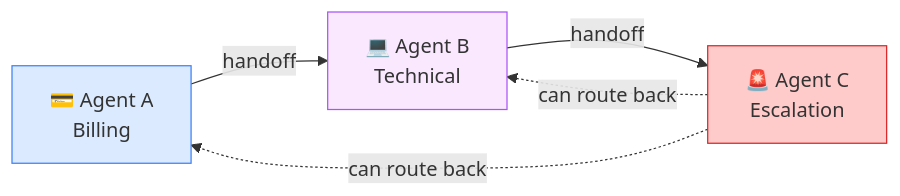
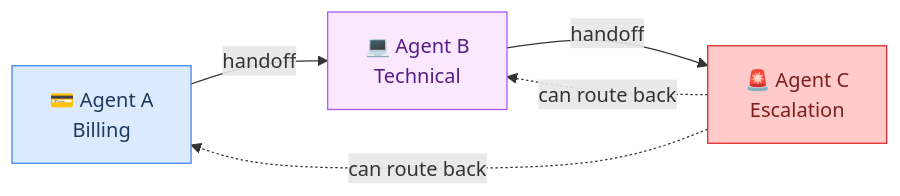
One commit to asq-sheriff/AI-Production-Checklist changed diagram 14 of 18 in docs/TECHNOLOGY-SELECTION-GUIDE.md. Above: the diagram before and after it, drawn with Mermaid. The commit also changed other lines of this file and 8 other files, not shown here.

First line of the commit message:
Fix text contrast in all Mermaid diagrams

````diff
--- a/docs/TECHNOLOGY-SELECTION-GUIDE.md
+++ b/docs/TECHNOLOGY-SELECTION-GUIDE.md
@@ -571,11 +571,11 @@
 ```mermaid
 flowchart LR
     AgentA[💳 Agent A<br/>Billing] -->|handoff| AgentB[💻 Agent B<br/>Technical]
     AgentB -->|handoff| AgentC[🚨 Agent C<br/>Escalation]
     AgentC -.->|can route back| AgentA
     AgentC -.->|can route back| AgentB
 
-    style AgentA fill:#dbeafe,stroke:#3b82f6
-    style AgentB fill:#fae8ff,stroke:#a855f7
-    style AgentC fill:#fecaca,stroke:#dc2626
+    style AgentA fill:#dbeafe,stroke:#3b82f6,color:#1e3a5f
+    style AgentB fill:#fae8ff,stroke:#a855f7,color:#581c87
+    style AgentC fill:#fecaca,stroke:#dc2626,color:#7f1d1d
 ```
````
